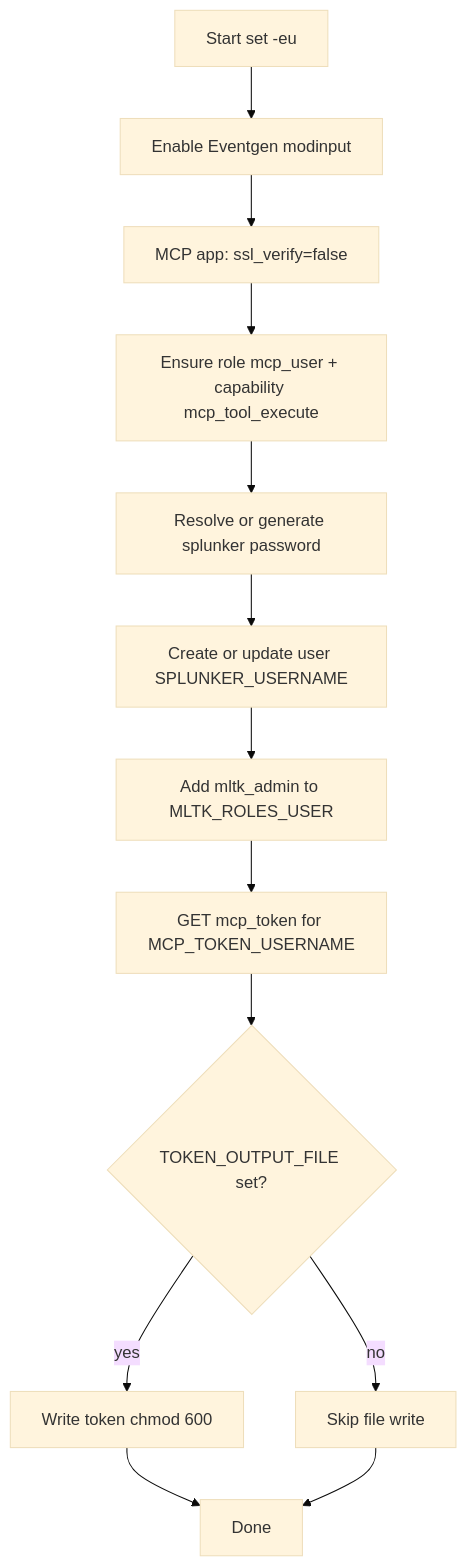
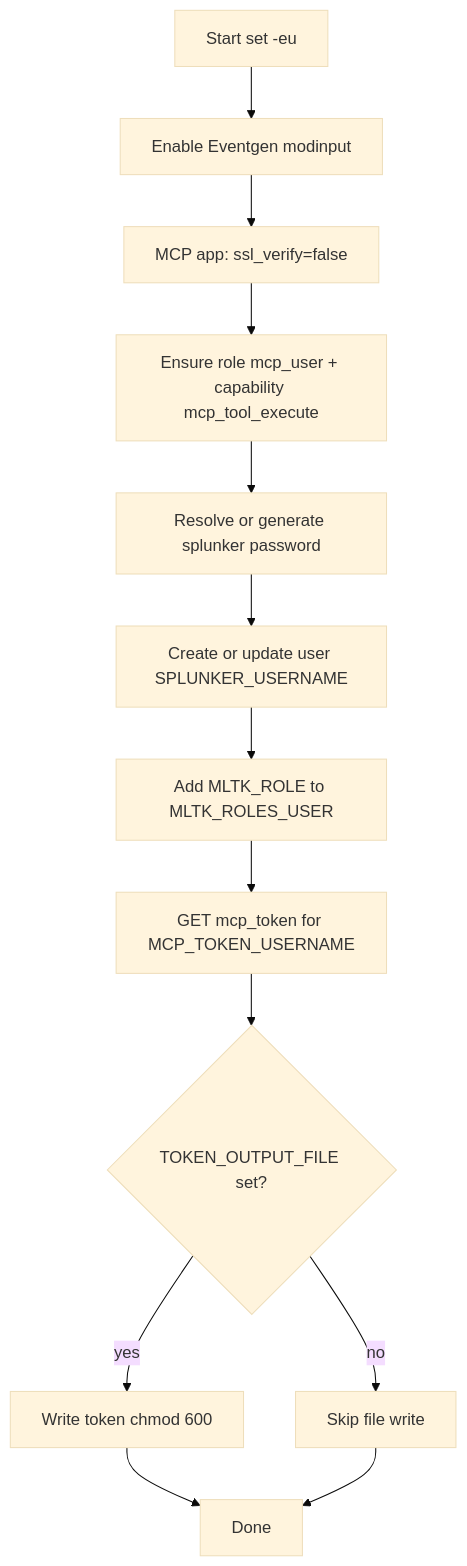
One commit to dd-Splunk/splunk-mcp changed the second of 3 diagrams in docs/SETUP_SPLUNK_SCRIPT.md. Above: the diagram before and after it, drawn with Mermaid (base theme). The commit also changed other lines of this file and 6 other files, not shown here.

First line of the commit message:
Make MLTK role configurable and simplify setup-splunk.sh.

````diff
--- a/docs/SETUP_SPLUNK_SCRIPT.md
+++ b/docs/SETUP_SPLUNK_SCRIPT.md
@@ -74,15 +75,15 @@
 ```mermaid
 flowchart TD
   A[Start set -eu] --> B[Enable Eventgen modinput]
   B --> C[MCP app: ssl_verify=false]
   C --> D[Ensure role mcp_user + capability mcp_tool_execute]
   D --> E[Resolve or generate splunker password]
   E --> F[Create or update user SPLUNKER_USERNAME]
-  F --> D2[Add mltk_admin to MLTK_ROLES_USER]
+  F --> D2[Add MLTK_ROLE to MLTK_ROLES_USER]
   D2 --> G[GET mcp_token for MCP_TOKEN_USERNAME]
   G --> H{TOKEN_OUTPUT_FILE set?}
   H -->|yes| I[Write token chmod 600]
   H -->|no| J[Skip file write]
   I --> K[Done]
   J --> K
 ```
````
